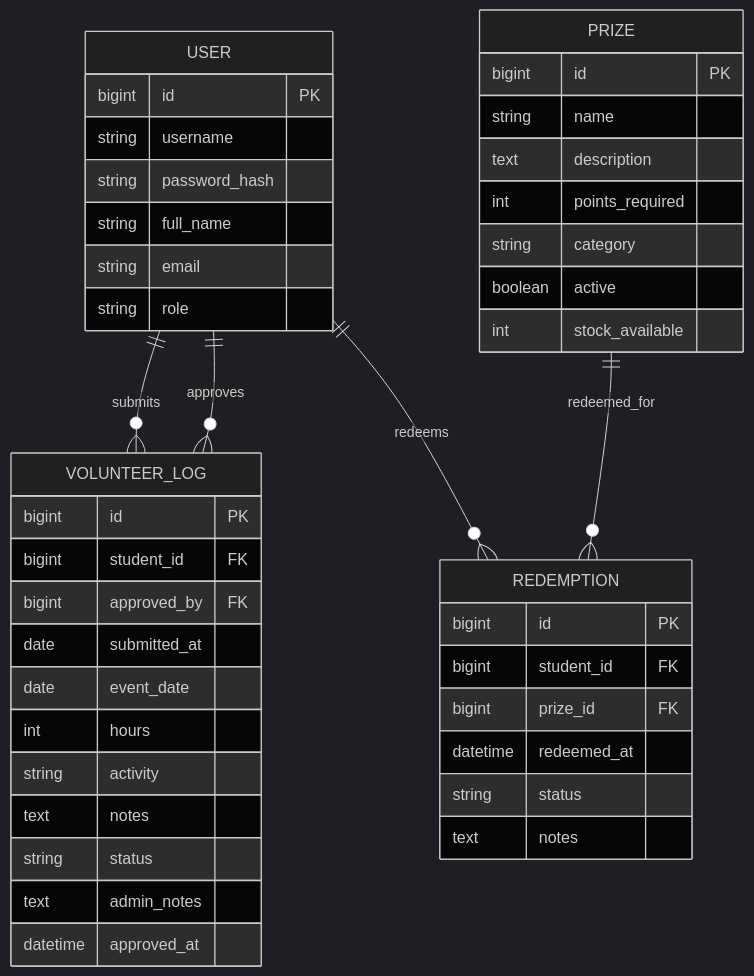
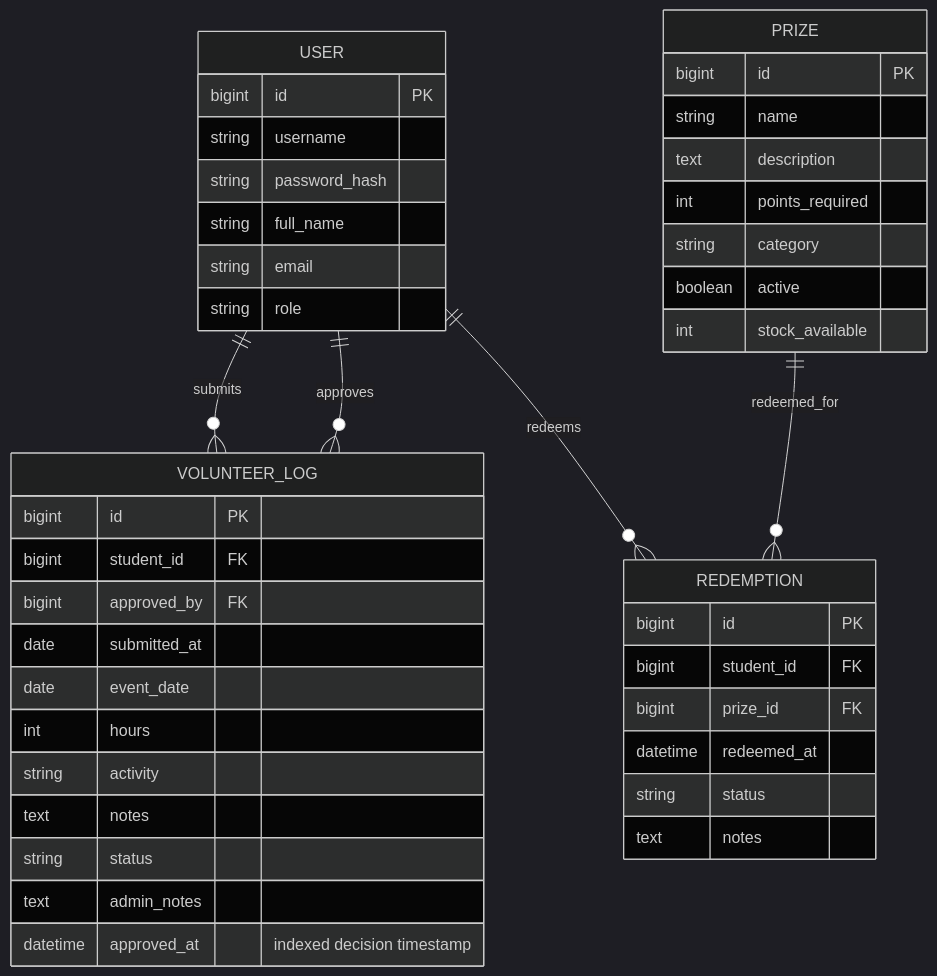
One commit to JohnathanLaldeo/comp3613a1 changed the diagram in docs/report.md. Above: the diagram before and after it, drawn with Mermaid (dark theme). The commit also changed other lines of this file and 14 other files, not shown here.

````diff
--- a/docs/report.md
+++ b/docs/report.md
@@ -28,49 +28,49 @@
 ```mermaid
 erDiagram
   USER ||--o{ VOLUNTEER_LOG : submits
   USER ||--o{ VOLUNTEER_LOG : approves
   USER ||--o{ REDEMPTION : redeems
   PRIZE ||--o{ REDEMPTION : redeemed_for
 
   USER {
     bigint id PK
     string username
     string password_hash
     string full_name
     string email
     string role
   }
 
   VOLUNTEER_LOG {
     bigint id PK
     bigint student_id FK
     bigint approved_by FK
     date submitted_at
     date event_date
     int hours
     string activity
     text notes
     string status
     text admin_notes
-    datetime approved_at
+    datetime approved_at "indexed decision timestamp"
   }
 
   PRIZE {
     bigint id PK
     string name
     text description
     int points_required
     string category
     boolean active
     int stock_available
   }
 
   REDEMPTION {
     bigint id PK
     bigint student_id FK
     bigint prize_id FK
     datetime redeemed_at
     string status
     text notes
   }
 ```
````
